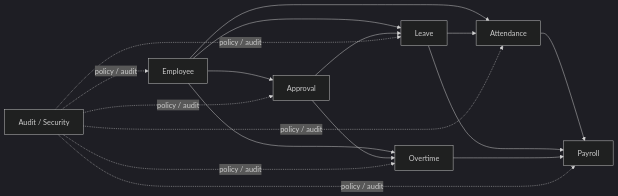
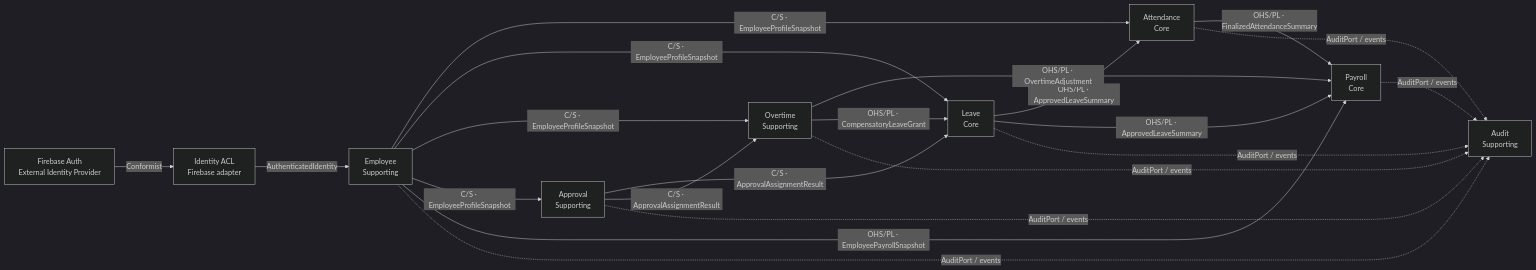
Before and after one commit to 369sup/worksync-hr: the diagram in docs/01-architecture/bounded-contexts.md, drawn with Mermaid (dark theme). The commit also changed other lines of this file and 32 other files, not shown here.

Commit message:
Refine architecture docs and add docs check to CI

````diff
--- a/docs/01-architecture/bounded-contexts.md
+++ b/docs/01-architecture/bounded-contexts.md
@@ -7,27 +10,33 @@
 ```mermaid
 flowchart LR
-  EMP[Employee]
-  ATT[Attendance]
-  LEAVE[Leave]
-  OT[Overtime]
-  APR[Approval]
-  PAY[Payroll]
-  AUDIT[Audit / Security]
+  AUTH["Firebase Auth\nExternal Identity Provider"]
+  ACL["Identity ACL\nFirebase adapter"]
+  EMP["Employee\nSupporting"]
+  ATT["Attendance\nCore"]
+  LEAVE["Leave\nCore"]
+  OT["Overtime\nSupporting"]
+  APR["Approval\nSupporting"]
+  PAY["Payroll\nCore"]
+  AUDIT["Audit\nSupporting"]
 
-  EMP --> ATT
-  EMP --> LEAVE
-  EMP --> OT
-  EMP --> APR
-  APR --> LEAVE
-  APR --> OT
-  LEAVE --> ATT
-  ATT --> PAY
-  LEAVE --> PAY
-  OT --> PAY
-  AUDIT -. policy / audit .-> EMP
-  AUDIT -. policy / audit .-> ATT
-  AUDIT -. policy / audit .-> LEAVE
-  AUDIT -. policy / audit .-> OT
-  AUDIT -. policy / audit .-> APR
-  AUDIT -. policy / audit .-> PAY
+  AUTH -->|"Conformist"| ACL
+  ACL -->|"AuthenticatedIdentity"| EMP
+  EMP -->|"C/S · EmployeeProfileSnapshot"| ATT
+  EMP -->|"C/S · EmployeeProfileSnapshot"| LEAVE
+  EMP -->|"C/S · EmployeeProfileSnapshot"| OT
+  EMP -->|"C/S · EmployeeProfileSnapshot"| APR
+  EMP -->|"OHS/PL · EmployeePayrollSnapshot"| PAY
+  APR -->|"C/S · ApprovalAssignmentResult"| LEAVE
+  APR -->|"C/S · ApprovalAssignmentResult"| OT
+  LEAVE -->|"OHS/PL · ApprovedLeaveSummary"| ATT
+  LEAVE -->|"OHS/PL · ApprovedLeaveSummary"| PAY
+  ATT -->|"OHS/PL · FinalizedAttendanceSummary"| PAY
+  OT -->|"OHS/PL · OvertimeAdjustment"| PAY
+  OT -->|"OHS/PL · CompensatoryLeaveGrant"| LEAVE
+  EMP -.->|"AuditPort / events"| AUDIT
+  ATT -.->|"AuditPort / events"| AUDIT
+  LEAVE -.->|"AuditPort / events"| AUDIT
+  OT -.->|"AuditPort / events"| AUDIT
+  APR -.->|"AuditPort / events"| AUDIT
+  PAY -.->|"AuditPort / events"| AUDIT
 ```
````
